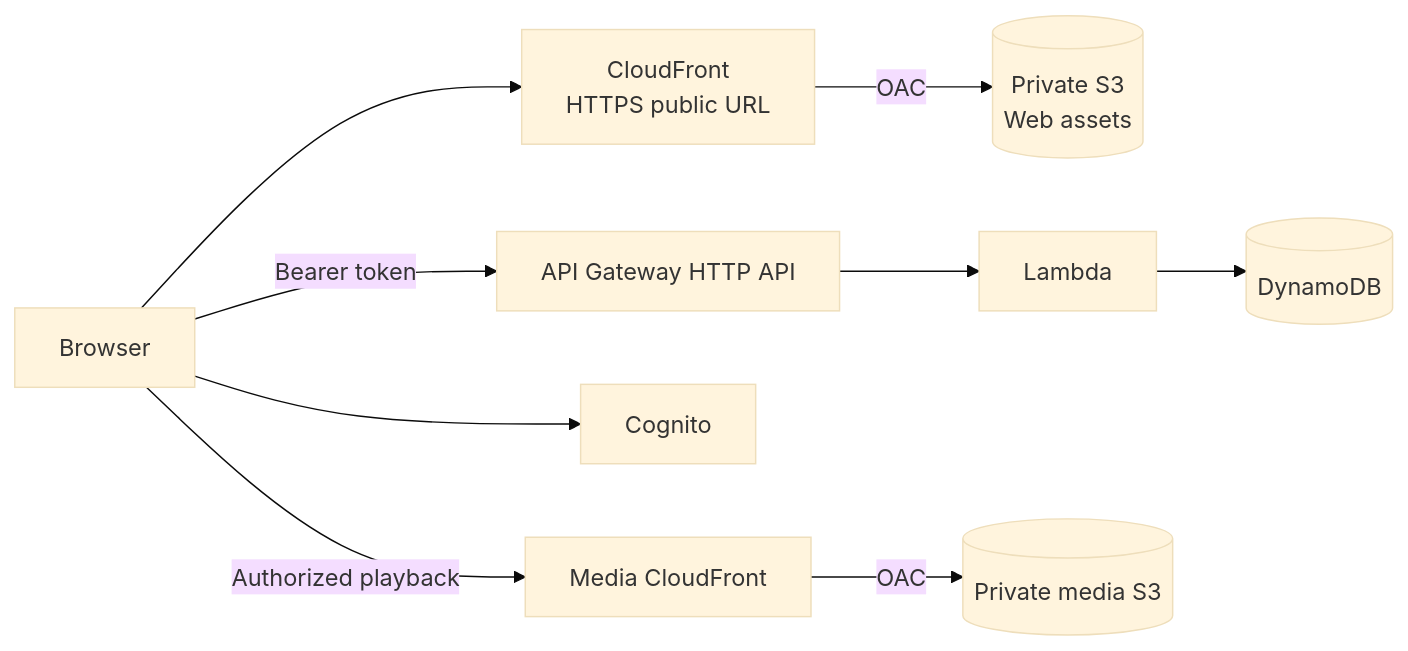
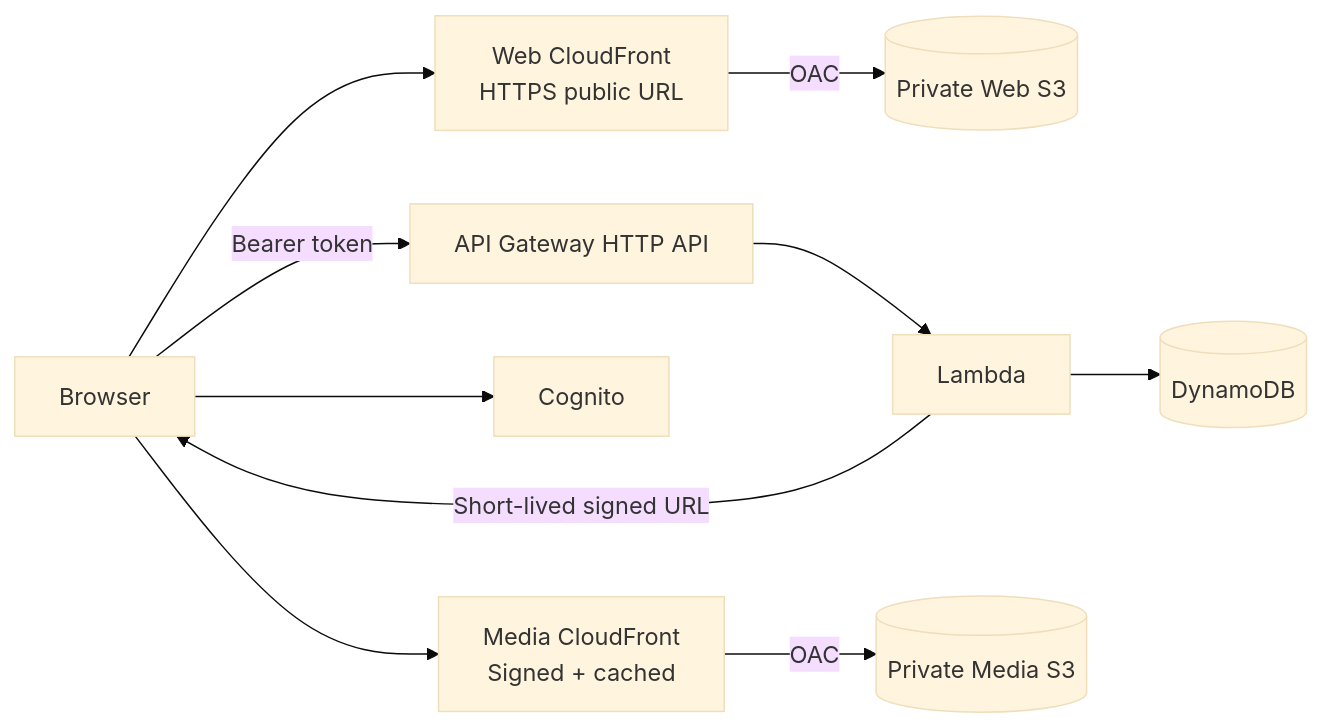
Before and after one commit to InfX2243/echoclass: the first of 2 diagrams in docs/15-cloudfront-web-deployment.md, drawn with Mermaid (base theme). The commit also changed other lines of this file, not shown here.

Commit message:
docs(web): connect web deployment to signed media delivery

````diff
--- a/docs/15-cloudfront-web-deployment.md
+++ b/docs/15-cloudfront-web-deployment.md
@@ -9,21 +9,22 @@
 ```mermaid
 flowchart LR
   B[Browser]
-  CF[CloudFront\nHTTPS public URL]
-  WEB[(Private S3\nWeb assets)]
+  WebCF[Web CloudFront\nHTTPS public URL]
+  WebS3[(Private Web S3)]
   API[API Gateway HTTP API]
   L[Lambda]
   DB[(DynamoDB)]
   C[Cognito]
-  MEDIA[Media CloudFront]
-  S3M[(Private media S3)]
+  MediaCF[Media CloudFront\nSigned + cached]
+  MediaS3[(Private Media S3)]
 
-  B --> CF
-  CF -->|OAC| WEB
+  B --> WebCF
+  WebCF -->|OAC| WebS3
   B -->|Bearer token| API
   API --> L
   L --> DB
   B --> C
-  B -->|Authorized playback| MEDIA
-  MEDIA -->|OAC| S3M
+  L -->|Short-lived signed URL| B
+  B --> MediaCF
+  MediaCF -->|OAC| MediaS3
 ```
````
